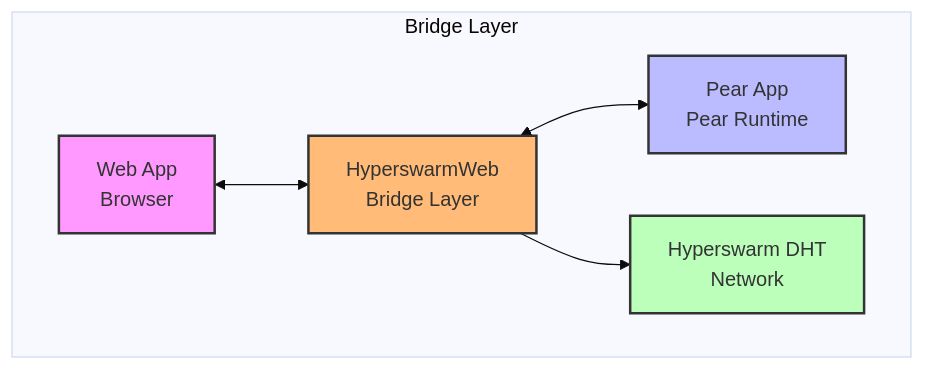
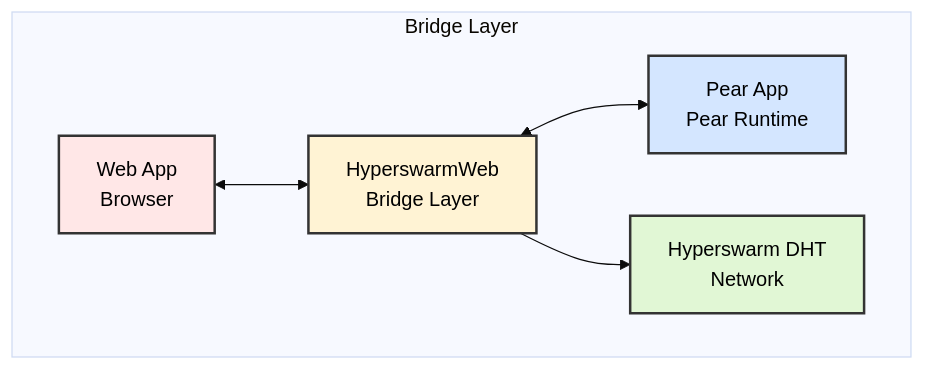
One commit to Jitpomi/hyperswarm-web changed the second of 5 diagrams in README.md. Above: the diagram before and after it, drawn with Mermaid (base theme). The commit also changed other lines of this file, not shown here.

````diff
--- a/README.md
+++ b/README.md
@@ -57,12 +61,12 @@
 ```mermaid
 graph TB
     subgraph Bridge[Bridge Layer]
         WA[Web App<br>Browser] <--> HW[HyperswarmWeb<br>Bridge Layer]
         HW <--> PA[Pear App<br>Pear Runtime]
         HW --> DHT[Hyperswarm DHT<br>Network]
     end
-    style WA fill:#f9f,stroke:#333,stroke-width:2px
-    style PA fill:#bbf,stroke:#333,stroke-width:2px
-    style HW fill:#fb7,stroke:#333,stroke-width:2px
-    style DHT fill:#bfb,stroke:#333,stroke-width:2px
+    style WA fill:#ffe7e7,stroke:#333,stroke-width:2px,color:#000
+    style PA fill:#d4e6ff,stroke:#333,stroke-width:2px,color:#000
+    style HW fill:#fff3d4,stroke:#333,stroke-width:2px,color:#000
+    style DHT fill:#e1f7d5,stroke:#333,stroke-width:2px,color:#000
 ```
````
